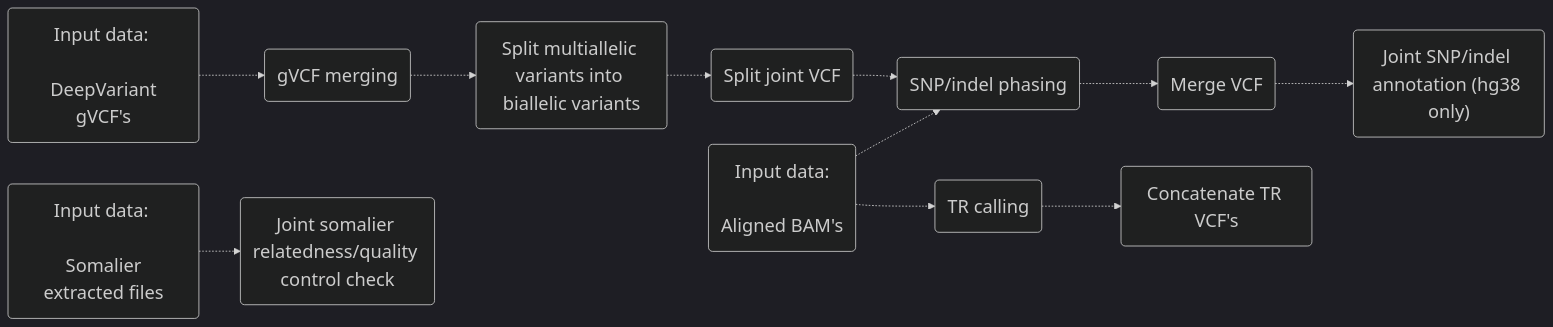
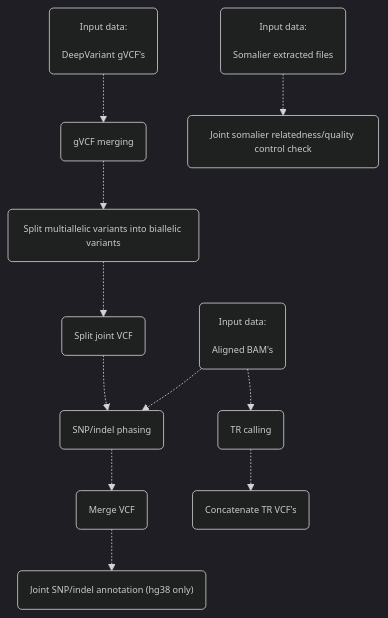
Before and after one commit to leahkemp/pipeface: the diagram in docs/popface/info.md, drawn with Mermaid. The commit also changed 1 other file, not shown here.

Commit message:
try new formatting

````diff
--- a/docs/popface/info.md
+++ b/docs/popface/info.md
@@ -5,24 +5,24 @@
 ```mermaid
-%%{init:{'theme':'dark','themeVariables':{'fontSize':'22px'},'flowchart':{'diagramPadding':200}}}%%
-flowchart LR
+%%{init:{'theme':'dark','themeVariables':{'fontSize':'11px'},'flowchart':{'diagramPadding':200}}}%%
+flowchart TB
 
 input_gvcf("Input data: <br><br> DeepVariant gVCF's")
 input_bam("Input data: <br><br> Aligned BAM's")
 gvcf_merging("gVCF merging")
 joint_split_multiallele("Split multiallelic variants into biallelic variants")
 split_vcf("Split joint VCF")
 snp_indel_phasing("SNP/indel phasing")
 merge_vcf("Merge VCF")
 joint_snp_indel_annotation("Joint SNP/indel annotation (hg38 only)")
 tr_calling("TR calling")
 concat_vcf("Concatenate TR VCF's")
 
 input_somalier("Input data: <br><br> Somalier extracted files")
 joint_somalier("Joint somalier relatedness/quality control check")
 
 input_gvcf-.->gvcf_merging-.->joint_split_multiallele-.->split_vcf-.->snp_indel_phasing-.->merge_vcf-.->joint_snp_indel_annotation
 input_bam-.->snp_indel_phasing
 input_bam-.->tr_calling-.->concat_vcf
 input_somalier-.->joint_somalier
 
 ```
````
